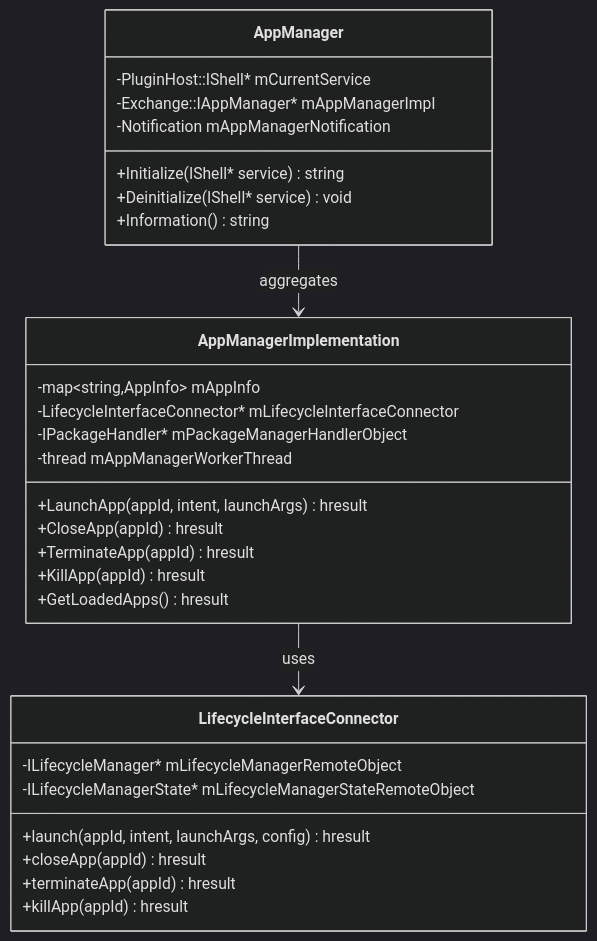
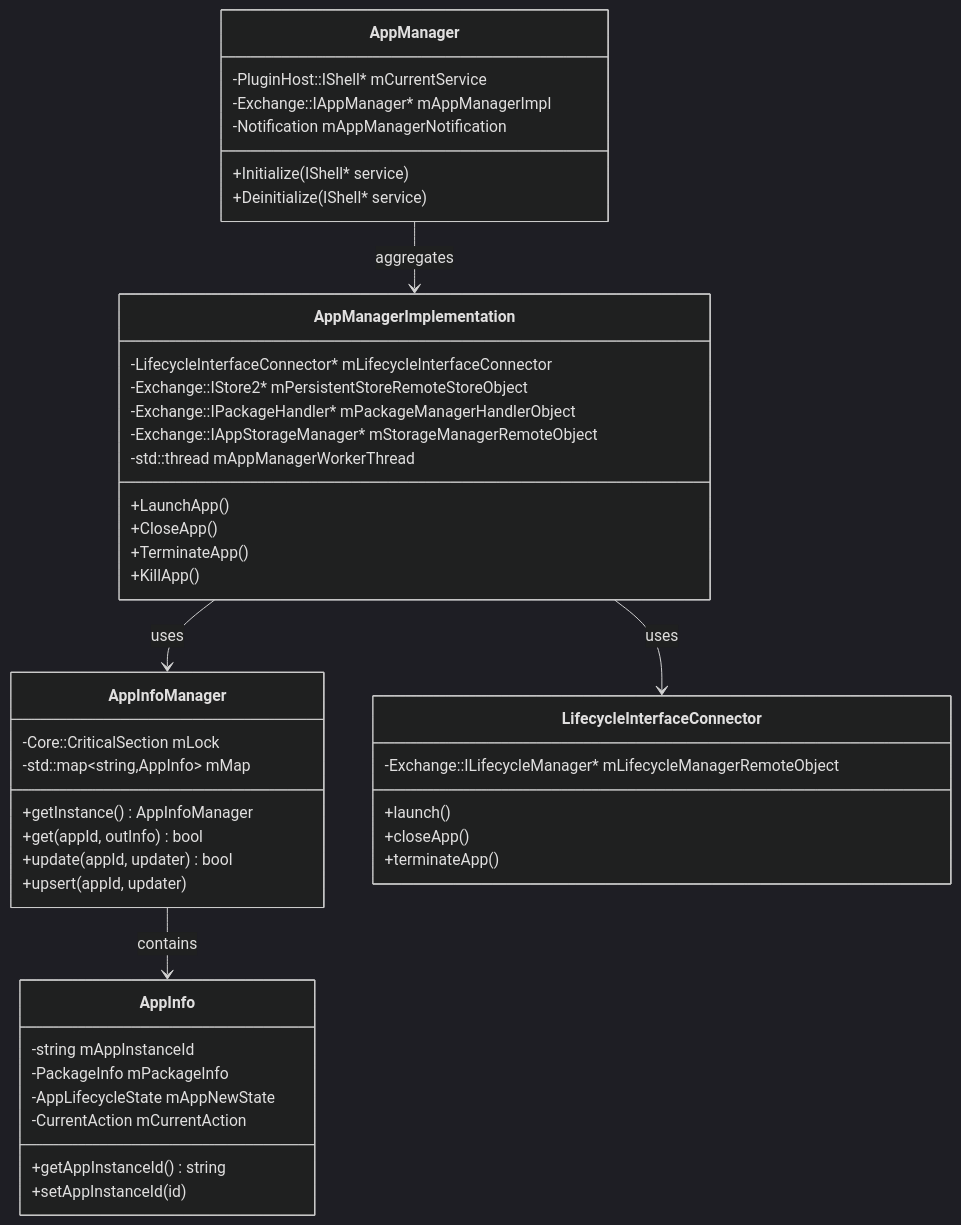
Before and after one commit to rdkcentral/entservices-appmanagers: the second of 8 diagrams in AppManager/AppManager.md, drawn with Mermaid (dark theme). The commit also changed other lines of this file and 19 other files, not shown here.

````diff
--- a/AppManager/AppManager.md
+++ b/AppManager/AppManager.md
@@ -62,35 +275,52 @@
 ```mermaid
 classDiagram
     class AppManager {
         -PluginHost::IShell* mCurrentService
         -Exchange::IAppManager* mAppManagerImpl
         -Notification mAppManagerNotification
-        +Initialize(IShell* service) string
-        +Deinitialize(IShell* service) void
-        +Information() string
+        +Initialize(IShell* service)
+        +Deinitialize(IShell* service)
     }
 
     class AppManagerImplementation {
-        -map~string,AppInfo~ mAppInfo
         -LifecycleInterfaceConnector* mLifecycleInterfaceConnector
-        -IPackageHandler* mPackageManagerHandlerObject
-        -thread mAppManagerWorkerThread
-        +LaunchApp(appId, intent, launchArgs) hresult
-        +CloseApp(appId) hresult
-        +TerminateApp(appId) hresult
-        +KillApp(appId) hresult
-        +GetLoadedApps() hresult
+        -Exchange::IStore2* mPersistentStoreRemoteStoreObject
+        -Exchange::IPackageHandler* mPackageManagerHandlerObject
+        -Exchange::IAppStorageManager* mStorageManagerRemoteObject
+        -std::thread mAppManagerWorkerThread
+        +LaunchApp()
+        +CloseApp()
+        +TerminateApp()
+        +KillApp()
+    }
+
+    class AppInfoManager {
+        -Core::CriticalSection mLock
+        -std::map~string,AppInfo~ mMap
+        +getInstance() AppInfoManager
+        +get(appId, outInfo) bool
+        +update(appId, updater) bool
+        +upsert(appId, updater)
+    }
+
+    class AppInfo {
+        -string mAppInstanceId
+        -PackageInfo mPackageInfo
+        -AppLifecycleState mAppNewState
+        -CurrentAction mCurrentAction
+        +getAppInstanceId() string
+        +setAppInstanceId(id)
     }
 
     class LifecycleInterfaceConnector {
-        -ILifecycleManager* mLifecycleManagerRemoteObject
-        -ILifecycleManagerState* mLifecycleManagerStateRemoteObject
-        +launch(appId, intent, launchArgs, config) hresult
-        +closeApp(appId) hresult
-        +terminateApp(appId) hresult
-        +killApp(appId) hresult
+        -Exchange::ILifecycleManager* mLifecycleManagerRemoteObject
+        +launch()
+        +closeApp()
+        +terminateApp()
     }
 
     AppManager --> AppManagerImplementation : aggregates
     AppManagerImplementation --> LifecycleInterfaceConnector : uses
+    AppManagerImplementation --> AppInfoManager : uses
+    AppInfoManager --> AppInfo : contains
 ```
````
